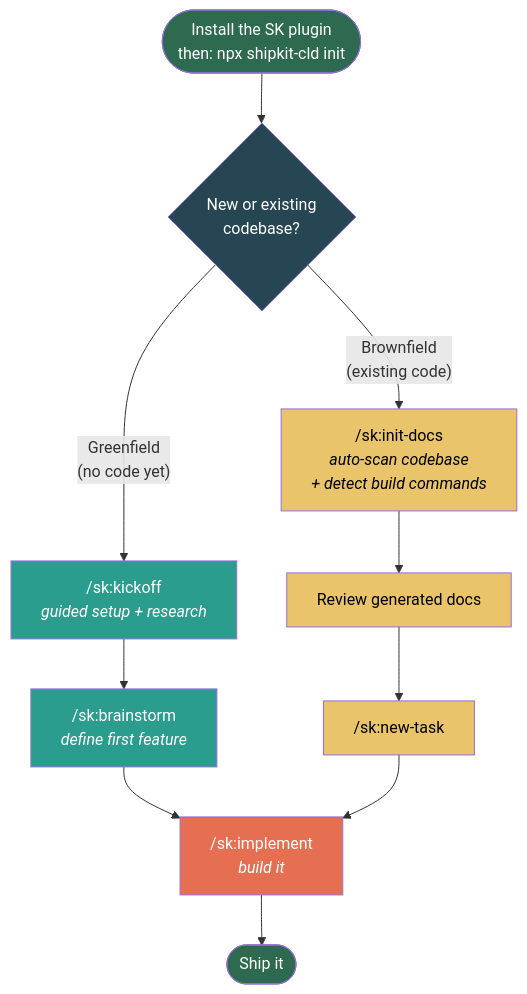
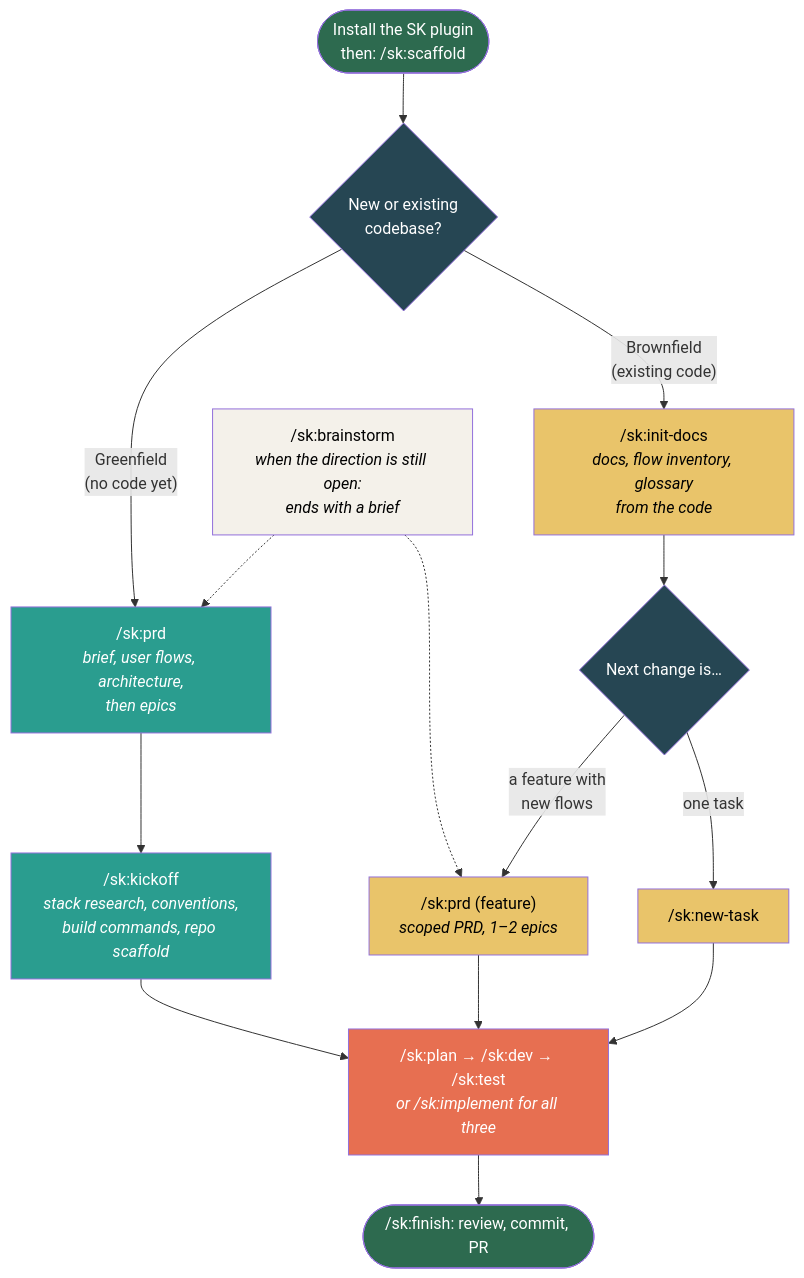
One commit to moniav/sk changed the diagram in assets/src/getting-started.mmd. Above: the diagram before and after it, drawn with Mermaid. The commit also changed 12 other files, not shown here.

First line of the commit message:
docs: README, flows and SK's own docs describe the idea-to-epics flow

```diff
--- a/assets/src/getting-started.mmd
+++ b/assets/src/getting-started.mmd
@@ -1,24 +1,31 @@
 flowchart TD
-    Start(["Install the SK plugin<br/>then: npx shipkit-cld init"]) --> Q{"New or existing<br/>codebase?"}
+    Start(["Install the SK plugin<br/>then: /sk:scaffold"]) --> Q{"New or existing<br/>codebase?"}
 
-    Q -->|"Greenfield<br/>(no code yet)"| GF1["/sk:kickoff<br/><i>guided setup + research</i>"]
-    GF1 --> GF2["/sk:brainstorm<br/><i>define first feature</i>"]
-    GF2 --> Impl
+    Q -->|"Greenfield<br/>(no code yet)"| GF1["/sk:prd<br/><i>brief, user flows, architecture,<br/>then epics</i>"]
+    GF1 --> GF2["/sk:kickoff<br/><i>stack research, conventions,<br/>build commands, repo scaffold</i>"]
+    GF2 --> Plan
 
-    Q -->|"Brownfield<br/>(existing code)"| BF1["/sk:init-docs<br/><i>auto-scan codebase<br/>+ detect build commands</i>"]
-    BF1 --> BF2["Review generated docs"]
-    BF2 --> BF3["/sk:new-task"]
-    BF3 --> Impl
+    Q -->|"Brownfield<br/>(existing code)"| BF1["/sk:init-docs<br/><i>docs, flow inventory, glossary<br/>from the code</i>"]
+    BF1 --> BF2{"Next change is…"}
+    BF2 -->|"a feature with<br/>new flows"| BF3["/sk:prd (feature)<br/><i>scoped PRD, 1–2 epics</i>"]
+    BF2 -->|"one task"| BF4["/sk:new-task"]
+    BF3 --> Plan
+    BF4 --> Plan
 
-    Impl["/sk:implement<br/><i>build it</i>"]
-    Impl --> Ship(["Ship it"])
+    Plan["/sk:plan → /sk:dev → /sk:test<br/><i>or /sk:implement for all three</i>"]
+    Plan --> Ship(["/sk:finish: review, commit, PR"])
+
+    BS["/sk:brainstorm<br/><i>when the direction is still open:<br/>ends with a brief</i>"] -.-> GF1
+    BS -.-> BF3
 
     style Start fill:#2d6a4f,color:#fff
     style Ship fill:#2d6a4f,color:#fff
     style Q fill:#264653,color:#fff
-    style Impl fill:#e76f51,color:#fff
+    style BF2 fill:#264653,color:#fff
+    style Plan fill:#e76f51,color:#fff
     style GF1 fill:#2a9d8f,color:#fff
     style GF2 fill:#2a9d8f,color:#fff
     style BF1 fill:#e9c46a,color:#000
-    style BF2 fill:#e9c46a,color:#000
     style BF3 fill:#e9c46a,color:#000
+    style BF4 fill:#e9c46a,color:#000
+    style BS fill:#f4f1ea,color:#000
```
